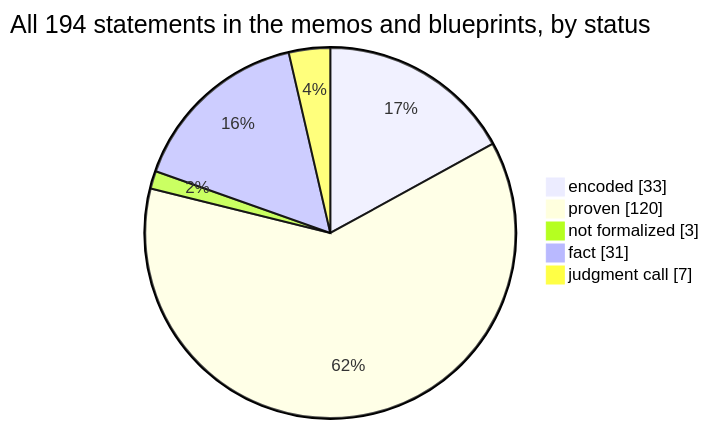
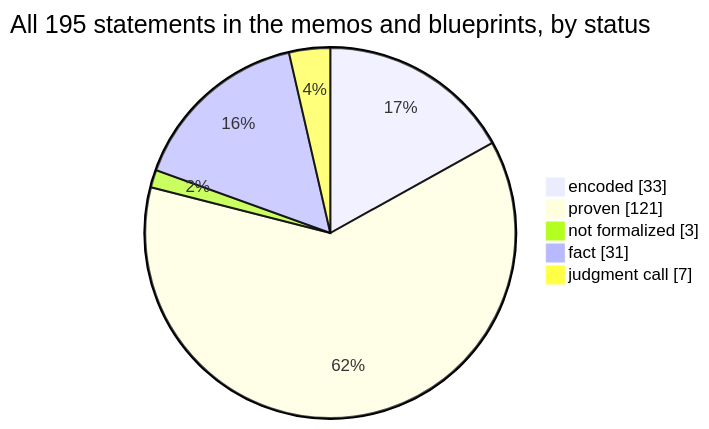
One commit to SeanWMurray/Canteen changed the first of 4 diagrams in docs/graphs/dashboard.md. Above: the diagram before and after it, drawn with Mermaid. The commit also changed other lines of this file and 14 other files, not shown here.

````diff
--- a/docs/graphs/dashboard.md
+++ b/docs/graphs/dashboard.md
@@ -11,8 +11,8 @@
 ```mermaid
-pie showData title All 194 statements in the memos and blueprints, by status
+pie showData title All 195 statements in the memos and blueprints, by status
     "encoded" : 33
-    "proven" : 120
+    "proven" : 121
     "not formalized" : 3
     "fact" : 31
     "judgment call" : 7
 ```
````
